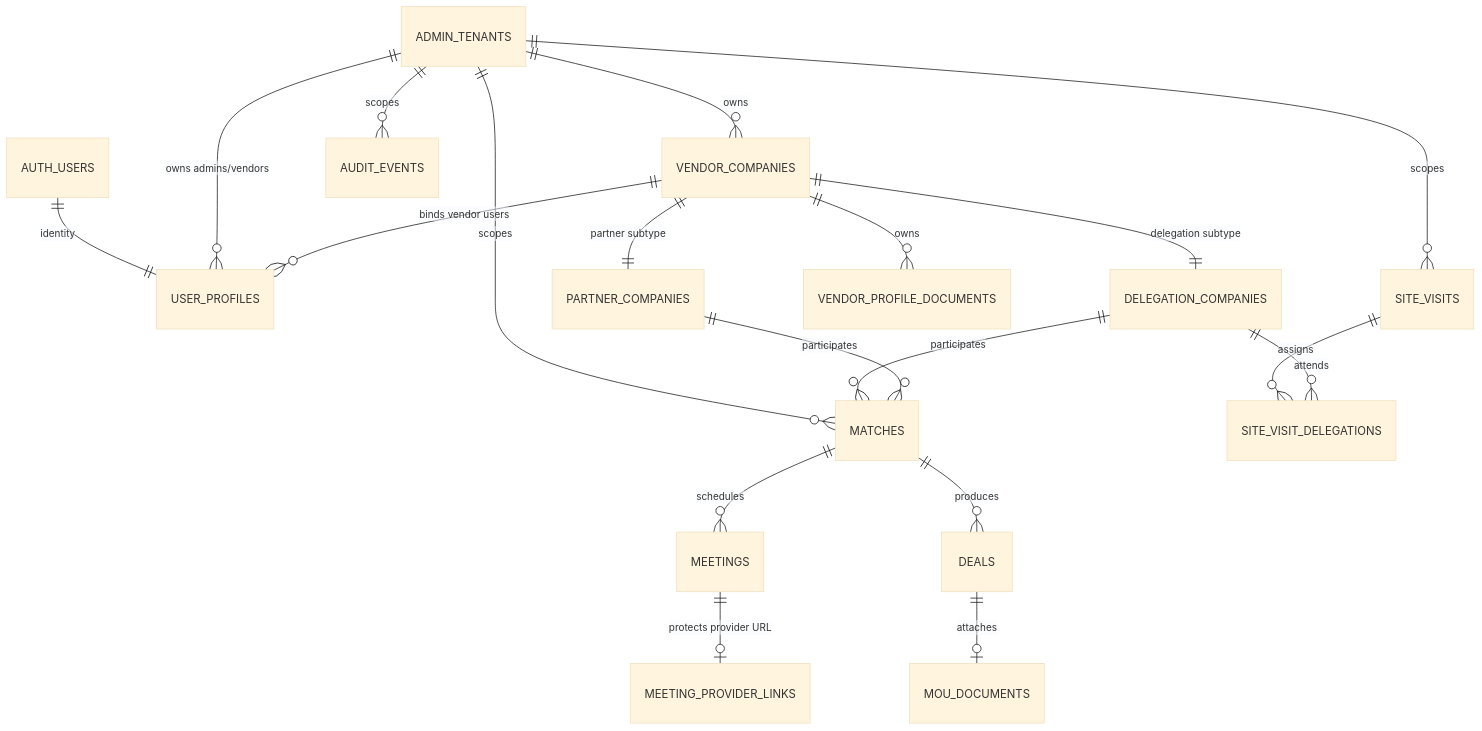
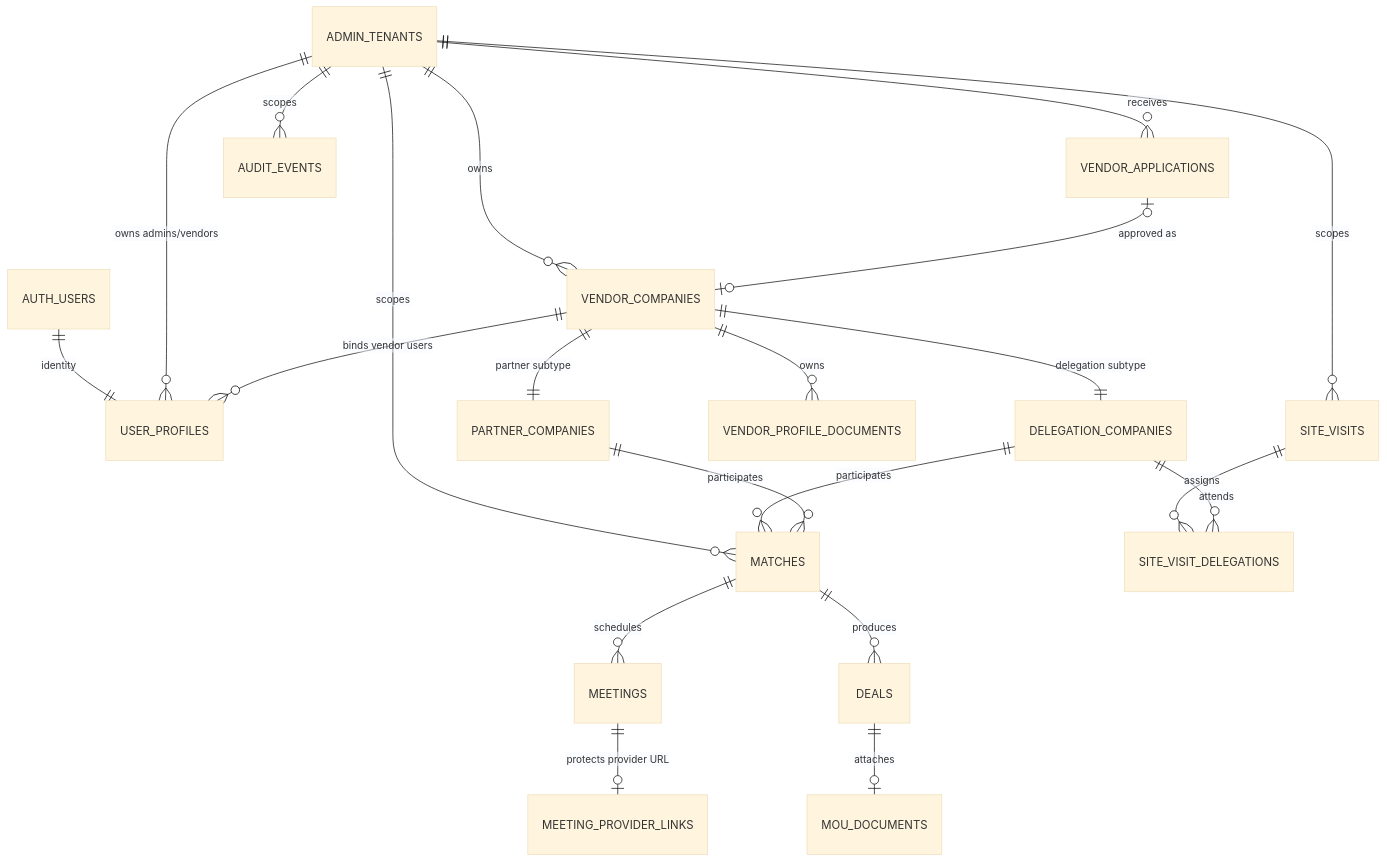
Before and after one commit to AGA-Ventures/plexus: the diagram in docs/architecture/database-schema.md, drawn with Mermaid (base theme). The commit also changed other lines of this file and 45 other files, not shown here.

Commit message:
Add approval-gated tenant vendor applications

````diff
--- a/docs/architecture/database-schema.md
+++ b/docs/architecture/database-schema.md
@@ -33,21 +34,23 @@
 ```mermaid
 erDiagram
     AUTH_USERS ||--|| USER_PROFILES : "identity"
     ADMIN_TENANTS ||--o{ USER_PROFILES : "owns admins/vendors"
     ADMIN_TENANTS ||--o{ VENDOR_COMPANIES : "owns"
+    ADMIN_TENANTS ||--o{ VENDOR_APPLICATIONS : "receives"
+    VENDOR_APPLICATIONS o|--o| VENDOR_COMPANIES : "approved as"
     VENDOR_COMPANIES ||--|| DELEGATION_COMPANIES : "delegation subtype"
     VENDOR_COMPANIES ||--|| PARTNER_COMPANIES : "partner subtype"
     VENDOR_COMPANIES ||--o{ USER_PROFILES : "binds vendor users"
     VENDOR_COMPANIES ||--o{ VENDOR_PROFILE_DOCUMENTS : "owns"
     ADMIN_TENANTS ||--o{ MATCHES : "scopes"
     DELEGATION_COMPANIES ||--o{ MATCHES : "participates"
     PARTNER_COMPANIES ||--o{ MATCHES : "participates"
     MATCHES ||--o{ MEETINGS : "schedules"
     MEETINGS ||--o| MEETING_PROVIDER_LINKS : "protects provider URL"
     MATCHES ||--o{ DEALS : "produces"
     DEALS ||--o| MOU_DOCUMENTS : "attaches"
     ADMIN_TENANTS ||--o{ SITE_VISITS : "scopes"
     SITE_VISITS ||--o{ SITE_VISIT_DELEGATIONS : "assigns"
     DELEGATION_COMPANIES ||--o{ SITE_VISIT_DELEGATIONS : "attends"
     ADMIN_TENANTS ||--o{ AUDIT_EVENTS : "scopes"
 ```
````
